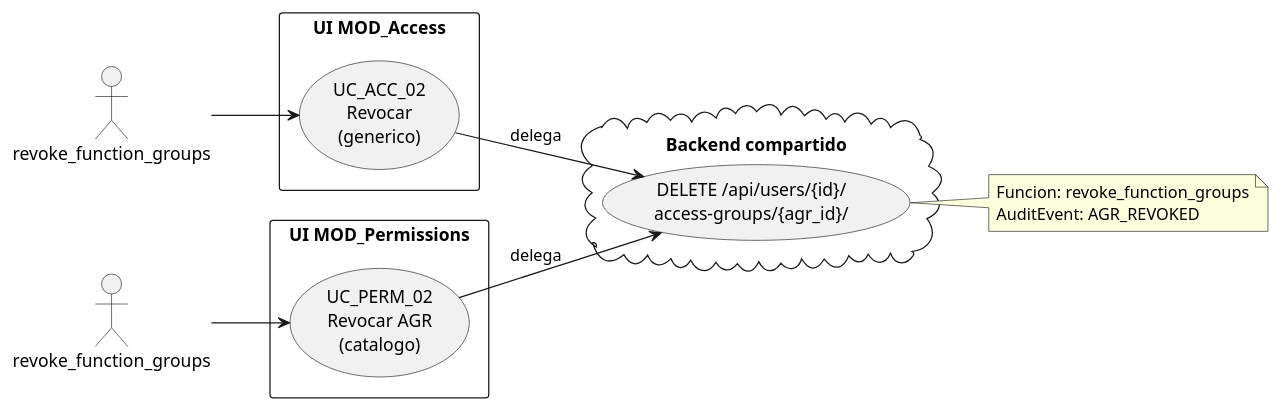
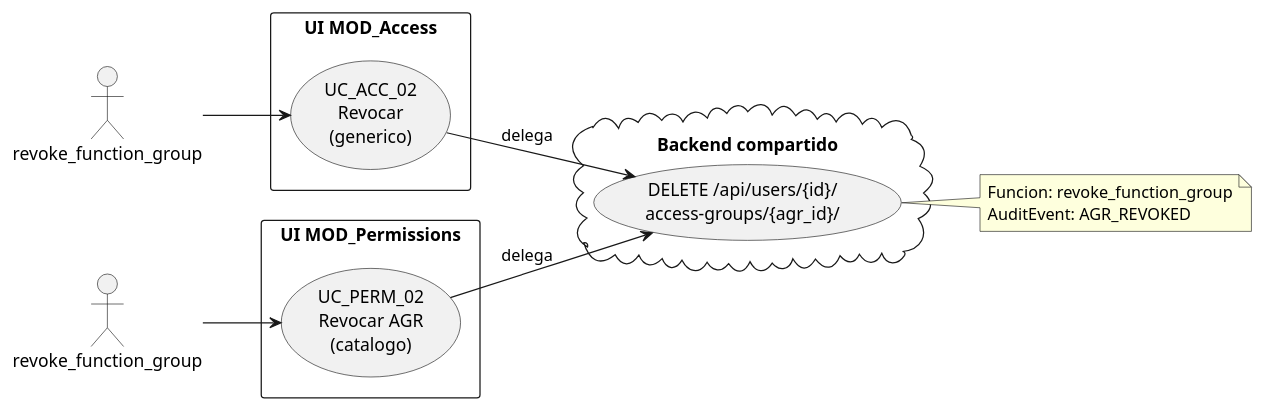
The first of 4 diagrams in source/requisitos/casos-uso/permissions/uc-perm-02/diagramas-uml.rst (jcg-admin/IACT-docs), drawn with PlantUML before and after one commit. The commit also changed 157 other files, not shown here.

First line of the commit message:
Enforce catalog function names across all diagrams

```diff
--- a/source/requisitos/casos-uso/permissions/uc-perm-02/diagramas-uml.rst
+++ b/source/requisitos/casos-uso/permissions/uc-perm-02/diagramas-uml.rst
@@ -10,31 +10,31 @@
 .. uml::
  :caption: UC_PERM_02 vista del flujo
            UC_ACC_02 sobre AGR
 
  @startuml
  left to right direction
 
- actor "revoke_function_groups" as OPS
- actor "revoke_function_groups" as SEC
+ actor "revoke_function_group" as OPS
+ actor "revoke_function_group" as SEC
 
  rectangle "UI MOD_Access" {
    usecase "UC_ACC_02\nRevocar\n(generico)" as ACC02
  }
  rectangle "UI MOD_Permissions" {
    usecase "UC_PERM_02\nRevocar AGR\n(catalogo)" as PERM02
  }
  cloud "Backend compartido" {
    usecase "DELETE /api/users/{id}/\naccess-groups/{agr_id}/" as BE
  }
 
  OPS --> ACC02
  SEC --> PERM02
  ACC02 --> BE : delega
  PERM02 --> BE : delega
 
  note right of BE
-   Funcion: revoke_function_groups
+   Funcion: revoke_function_group
    AuditEvent: AGR_REVOKED
  end note
 
  @enduml
```
